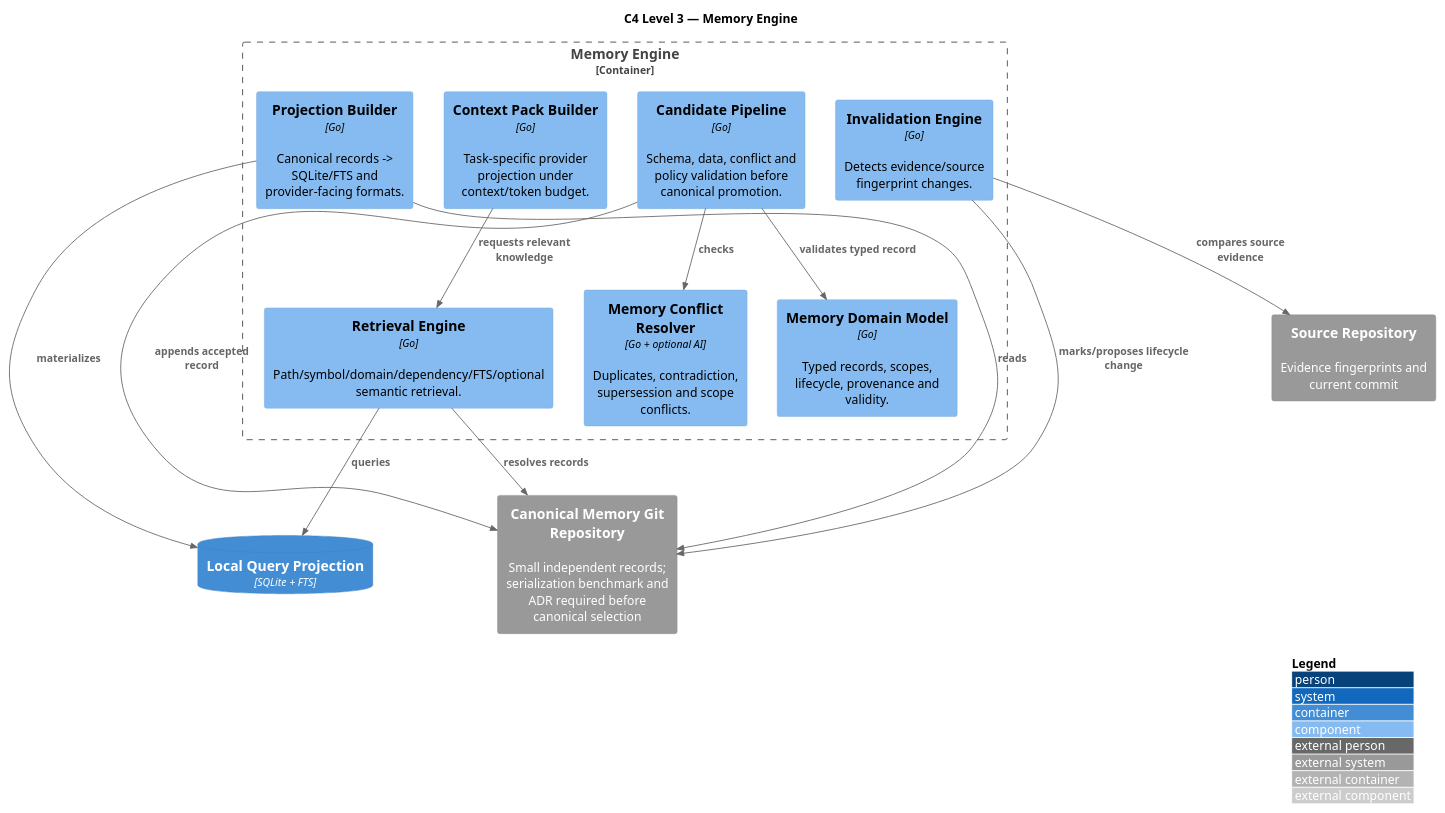
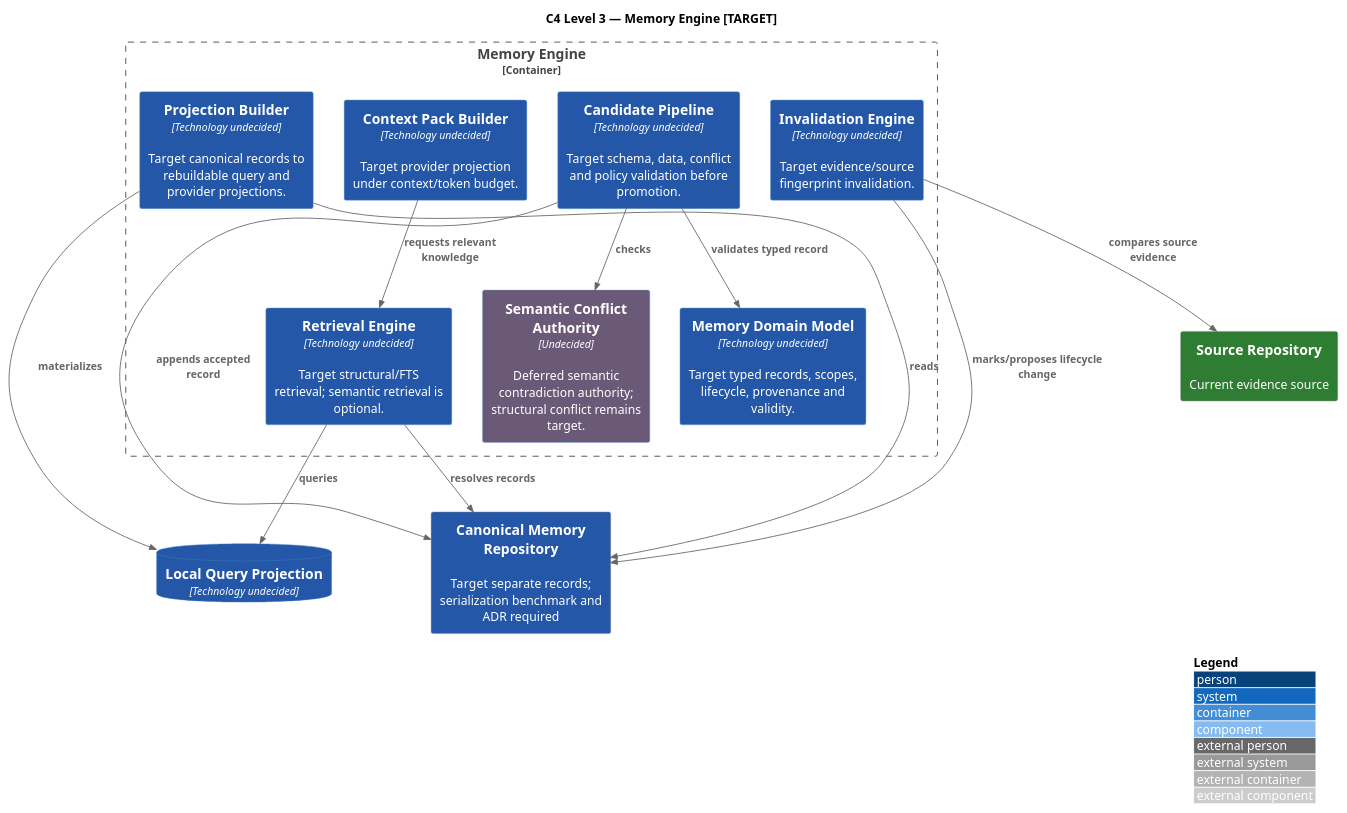
The diagram in docs/architecture/src/docs/arc42/diagrams/c4-memory-components.puml (Eu-Pedro0ficial/praetor), drawn with PlantUML before and after one commit. The commit also changed 55 other files, not shown here.

Commit message:
docs: reconcile roadmap v2 and architecture traceability

```diff
--- a/docs/architecture/src/docs/arc42/diagrams/c4-memory-components.puml
+++ b/docs/architecture/src/docs/arc42/diagrams/c4-memory-components.puml
@@ -1,27 +1,30 @@
 @startuml
 !include <C4/C4_Component>
+AddElementTag("AS-IS", $bgColor="#2E7D32", $fontColor="#FFFFFF", $legendText="AS-IS")
+AddElementTag("TARGET", $bgColor="#2457A7", $fontColor="#FFFFFF", $legendText="TARGET")
+AddElementTag("DEFERRED", $bgColor="#6A5A78", $fontColor="#FFFFFF", $legendText="DEFERRED")
 LAYOUT_WITH_LEGEND()
-title C4 Level 3 — Memory Engine
+title C4 Level 3 — Memory Engine [TARGET]
 Container_Boundary(mem, "Memory Engine") {
-  Component(model, "Memory Domain Model", "Go", "Typed records, scopes, lifecycle, provenance and validity.")
-  Component(candidate, "Candidate Pipeline", "Go", "Schema, data, conflict and policy validation before canonical promotion.")
-  Component(invalidation, "Invalidation Engine", "Go", "Detects evidence/source fingerprint changes.")
-  Component(retrieval, "Retrieval Engine", "Go", "Path/symbol/domain/dependency/FTS/optional semantic retrieval.")
-  Component(context, "Context Pack Builder", "Go", "Task-specific provider projection under context/token budget.")
-  Component(conflict, "Memory Conflict Resolver", "Go + optional AI", "Duplicates, contradiction, supersession and scope conflicts.")
-  Component(projection, "Projection Builder", "Go", "Canonical records -> SQLite/FTS and provider-facing formats.")
+  Component(model, "Memory Domain Model", "Technology undecided", "Target typed records, scopes, lifecycle, provenance and validity.", $tags="TARGET")
+  Component(candidate, "Candidate Pipeline", "Technology undecided", "Target schema, data, conflict and policy validation before promotion.", $tags="TARGET")
+  Component(invalidation, "Invalidation Engine", "Technology undecided", "Target evidence/source fingerprint invalidation.", $tags="TARGET")
+  Component(retrieval, "Retrieval Engine", "Technology undecided", "Target structural/FTS retrieval; semantic retrieval is optional.", $tags="TARGET")
+  Component(context, "Context Pack Builder", "Technology undecided", "Target provider projection under context/token budget.", $tags="TARGET")
+  Component(conflict, "Semantic Conflict Authority", "Undecided", "Deferred semantic contradiction authority; structural conflict remains target.", $tags="DEFERRED")
+  Component(projection, "Projection Builder", "Technology undecided", "Target canonical records to rebuildable query and provider projections.", $tags="TARGET")
 }
-ContainerDb(local, "Local Query Projection", "SQLite + FTS")
-System_Ext(canonical, "Canonical Memory Git Repository", "Small independent records; serialization benchmark and ADR required before canonical selection")
-System_Ext(source, "Source Repository", "Evidence fingerprints and current commit")
+ContainerDb(local, "Local Query Projection", "Technology undecided", $tags="TARGET")
+System_Ext(canonical, "Canonical Memory Repository", "Target separate records; serialization benchmark and ADR required", $tags="TARGET")
+System_Ext(source, "Source Repository", "Current evidence source", $tags="AS-IS")
 Rel(candidate, model, "validates typed record")
 Rel(candidate, conflict, "checks")
 Rel(candidate, canonical, "appends accepted record")
 Rel(invalidation, source, "compares source evidence")
 Rel(invalidation, canonical, "marks/proposes lifecycle change")
 Rel(projection, canonical, "reads")
 Rel(projection, local, "materializes")
 Rel(retrieval, local, "queries")
 Rel(retrieval, canonical, "resolves records")
 Rel(context, retrieval, "requests relevant knowledge")
 @enduml
```
